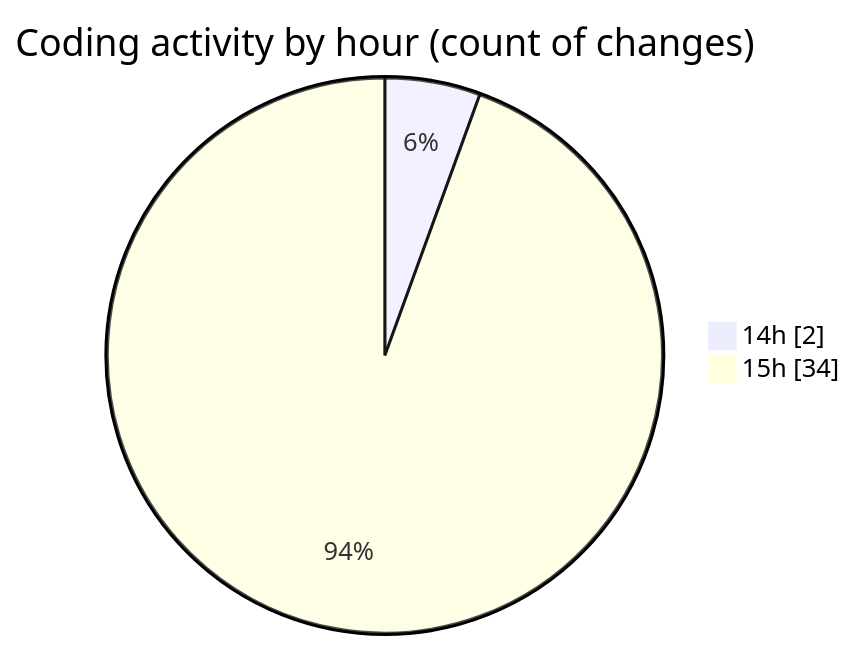
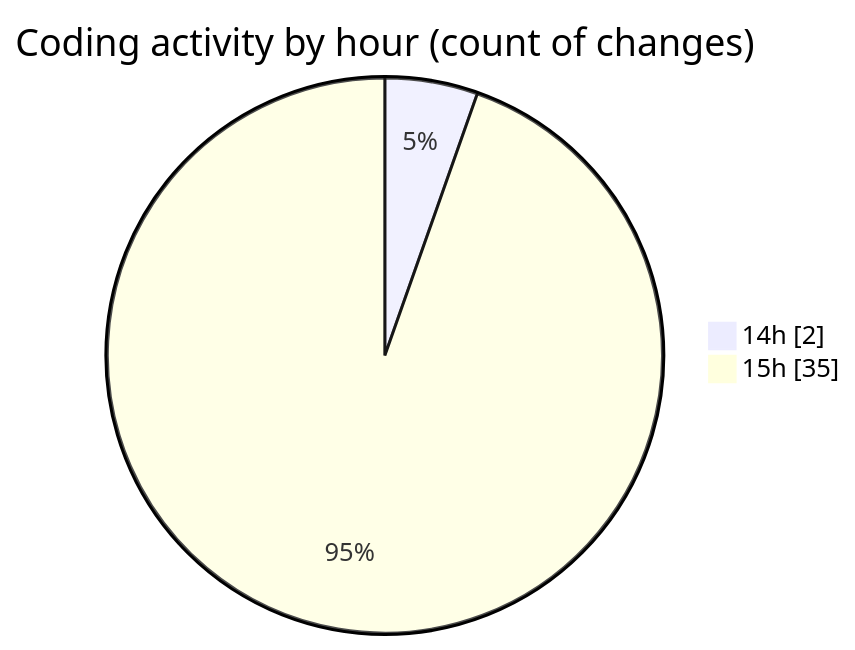
One commit to momahboobian/code-tracking changed the second of 2 diagrams in 2026-07-15/cda/README.md. Above: the diagram before and after it, drawn with Mermaid. The commit also changed other lines of this file and 1 other file, not shown here.

````diff
--- a/2026-07-15/cda/README.md
+++ b/2026-07-15/cda/README.md
@@ -61,6 +61,6 @@
 ```mermaid
 pie showData
 title Coding activity by hour (count of changes)
 "14h" : 2
-"15h" : 34
+"15h" : 35
 ```
````
